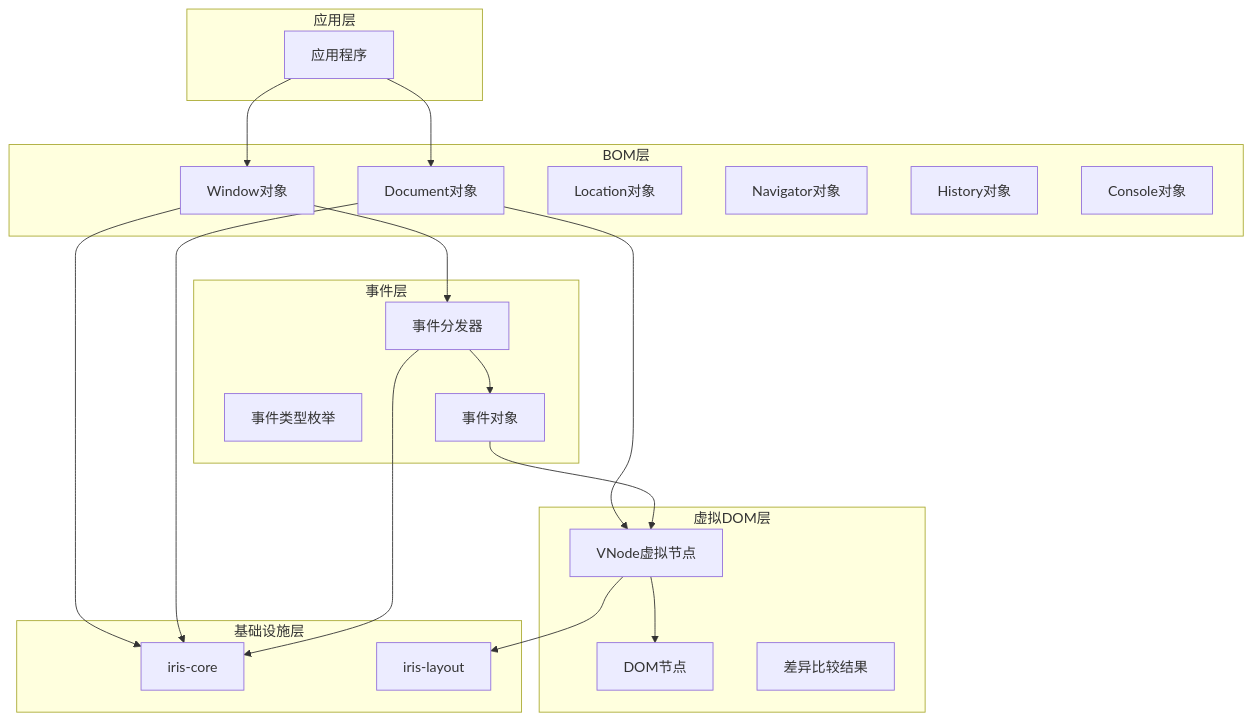
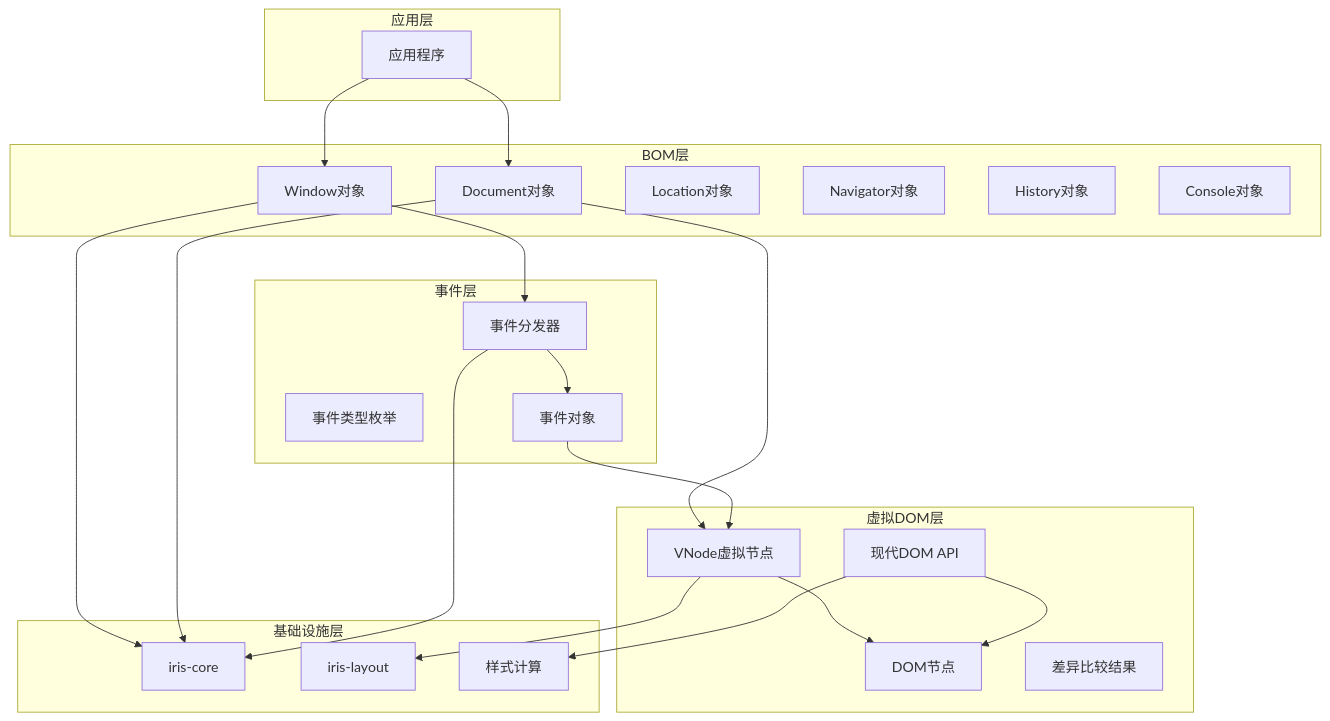
One commit to itszzl-sudo/iris changed the second of 11 diagrams in .qoder/repowiki/zh/content/技术架构详解/跨端抽象层/iris-dom浏览器对象模型(BOM).md. Above: the diagram before and after it, drawn with Mermaid. The commit also changed other lines of this file and 10 other files, not shown here.

````diff
--- a/.qoder/repowiki/zh/content/技术架构详解/跨端抽象层/iris-dom浏览器对象模型(BOM).md
+++ b/.qoder/repowiki/zh/content/技术架构详解/跨端抽象层/iris-dom浏览器对象模型(BOM).md
@@ -97,39 +117,43 @@
 ```mermaid
 graph TB
 subgraph "应用层"
 App[应用程序]
 end
 subgraph "BOM层"
 Window[Window对象]
 Document[Document对象]
 Location[Location对象]
 Navigator[Navigator对象]
 History[History对象]
 Console[Console对象]
 end
 subgraph "事件层"
 EventDispatcher[事件分发器]
 EventType[事件类型枚举]
 Event[事件对象]
 end
 subgraph "虚拟DOM层"
 VNode[VNode虚拟节点]
 DOMNode[DOM节点]
 DiffResult[差异比较结果]
+ModernDOM[现代DOM API]
 end
 subgraph "基础设施层"
 Core[iris-core]
 Layout[iris-layout]
+Style[样式计算]
 end
 App --> Window
 App --> Document
 Window --> EventDispatcher
 Document --> VNode
 VNode --> DOMNode
 EventDispatcher --> Event
 Event --> VNode
 VNode --> Layout
 Window --> Core
 Document --> Core
 EventDispatcher --> Core
+ModernDOM --> DOMNode
+ModernDOM --> Style
 ```
````
